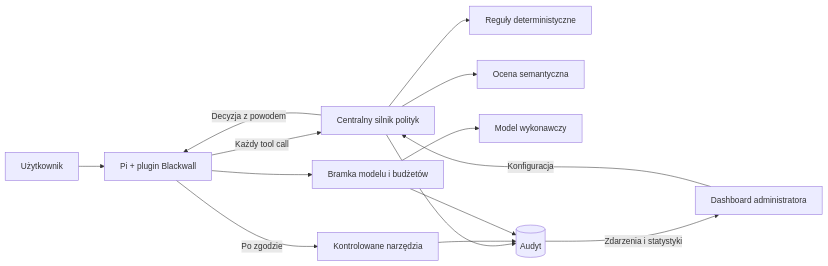
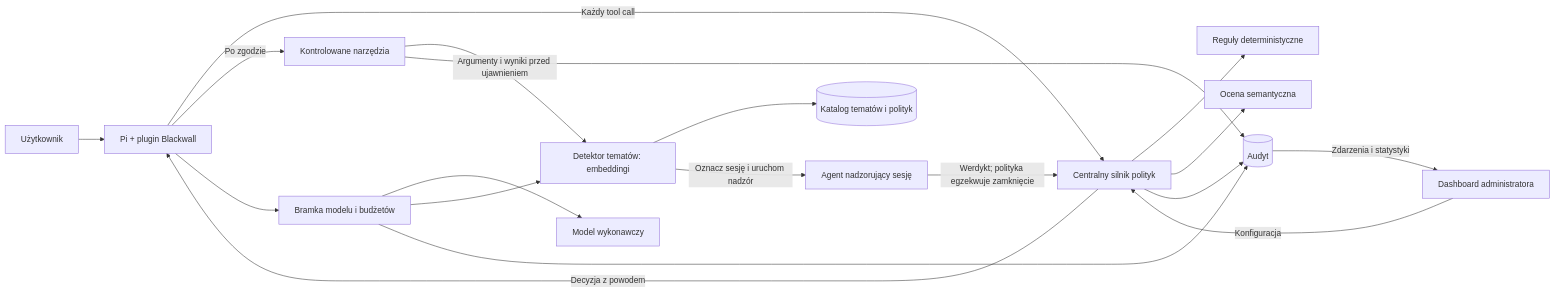
One commit to VashingMachine/hackyeah2026 changed the diagram in README.md. Above: the diagram before and after it, drawn with Mermaid. The commit also changed other lines of this file and 7 other files, not shown here.

````diff
--- a/README.md
+++ b/README.md
@@ -32,16 +33,21 @@
 ```mermaid
 flowchart LR
     User[Użytkownik] --> Pi[Pi + plugin Blackwall]
     Pi -->|Każdy tool call| Policy[Centralny silnik polityk]
     Policy --> Rules[Reguły deterministyczne]
     Policy --> Judge[Ocena semantyczna]
     Policy -->|Decyzja z powodem| Pi
     Pi -->|Po zgodzie| Tools[Kontrolowane narzędzia]
     Pi --> Gateway[Bramka modelu i budżetów]
     Gateway --> Model[Model wykonawczy]
+    Gateway --> Topics[Detektor tematów: embeddingi]
+    Tools -->|Argumenty i wyniki przed ujawnieniem| Topics
+    Topics --> Catalog[(Katalog tematów i polityk)]
+    Topics -->|Oznacz sesję i uruchom nadzór| Guardian[Agent nadzorujący sesję]
+    Guardian -->|Werdykt; polityka egzekwuje zamknięcie| Policy
     Policy --> Audit[(Audyt)]
     Tools --> Audit
     Gateway --> Audit
     Admin[Dashboard administratora] -->|Konfiguracja| Policy
     Audit -->|Zdarzenia i statystyki| Admin
 ```
````
